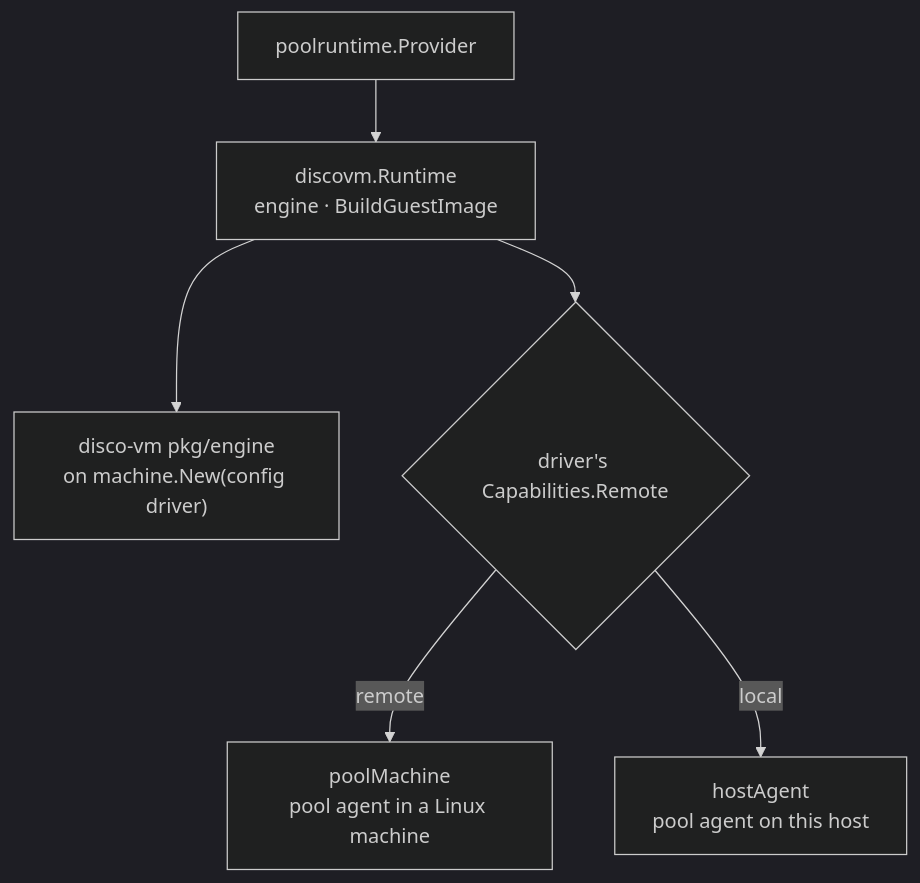
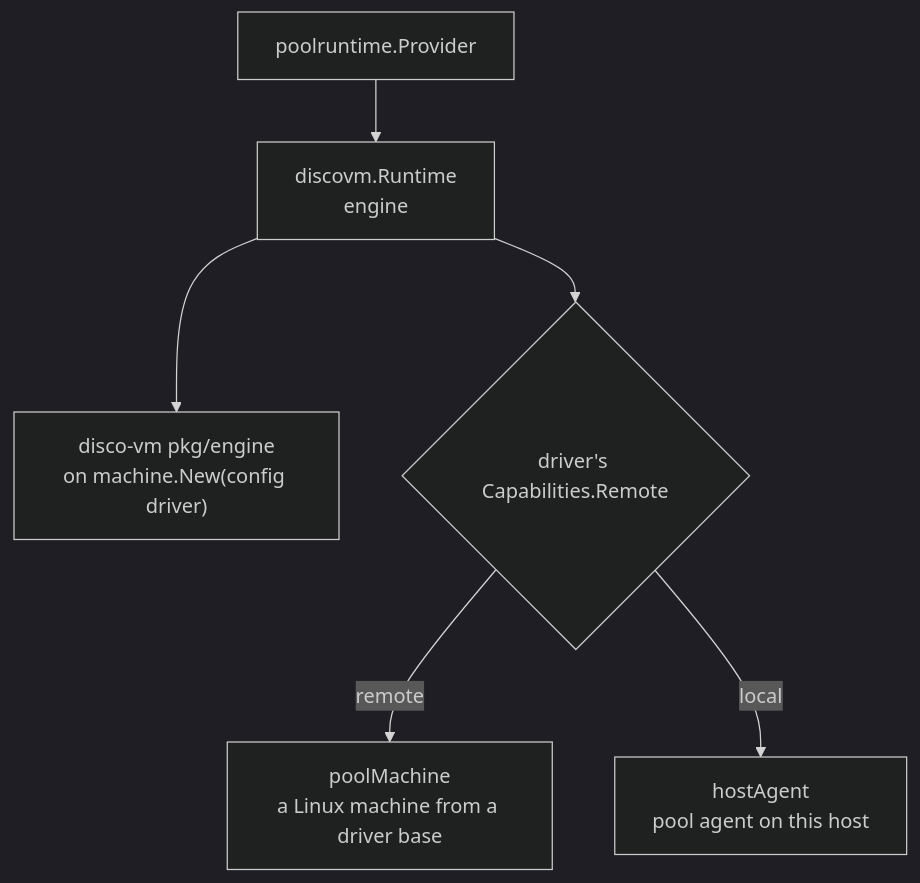
Before and after one commit to discobox-ai/discobox: the diagram in server/providers/discovm/DESIGN.md, drawn with Mermaid (dark theme). The commit also changed other lines of this file and 12 other files, not shown here.

````diff
--- a/server/providers/discovm/DESIGN.md
+++ b/server/providers/discovm/DESIGN.md
@@ -14,15 +13,15 @@
 ```mermaid
 flowchart TD
     pool["poolruntime.Provider"]
-    runtime["discovm.Runtime\nengine · BuildGuestImage"]
+    runtime["discovm.Runtime\nengine"]
     engine["disco-vm pkg/engine\non machine.New(config driver)"]
     host{"driver's Capabilities.Remote"}
-    machine["poolMachine\npool agent in a Linux machine"]
+    machine["poolMachine\na Linux machine from a driver base"]
     agent["hostAgent\npool agent on this host"]
 
     pool --> runtime
     runtime --> engine
     runtime --> host
     host -- remote --> machine
     host -- local --> agent
 ```
````
